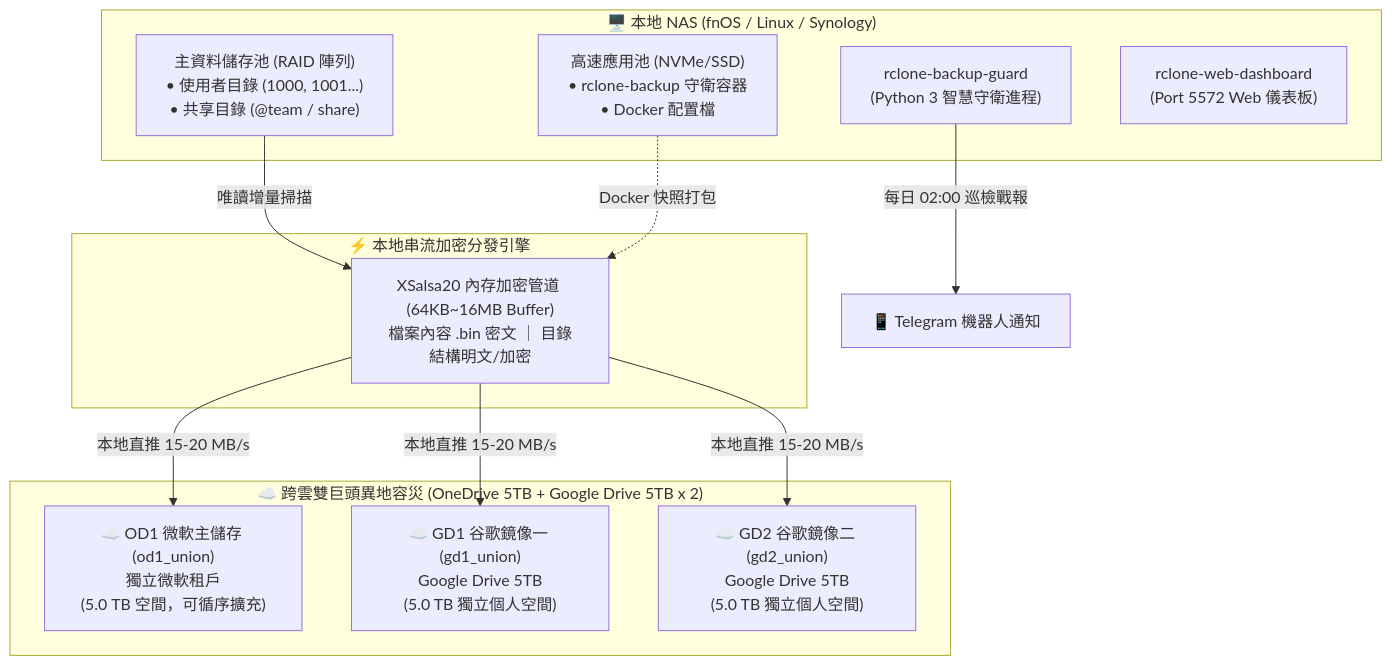
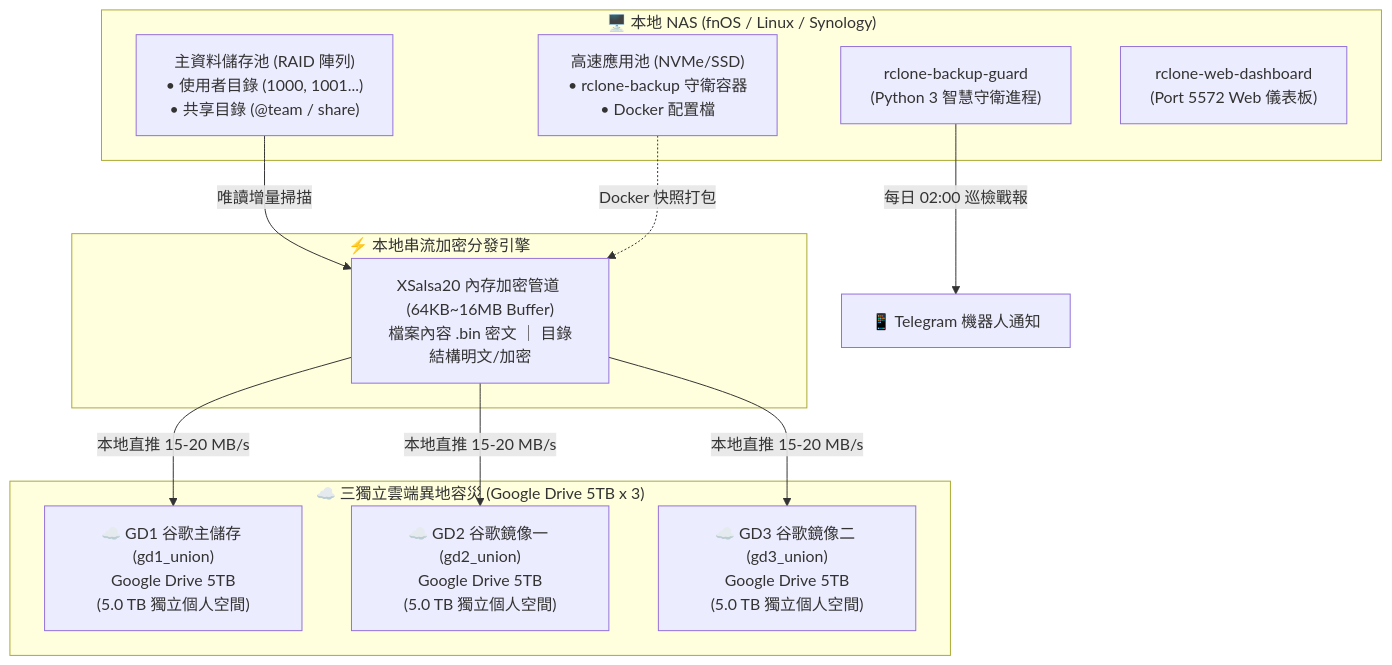
One commit to sam0324sam/fnos-onedrive-backup changed the diagram in README.md. Above: the diagram before and after it, drawn with Mermaid. The commit also changed other lines of this file and 1 other file, not shown here.

Commit message:
feat(arch): replace retired OD1 with GD3 (3x Google Drive 5TB) and fix TG HTML escaping

````diff
--- a/README.md
+++ b/README.md
@@ -49,27 +49,27 @@
 ```mermaid
 graph TD
     subgraph Local_NAS ["🖥️ 本地 NAS (fnOS / Linux / Synology)"]
         SSD["高速應用池 (NVMe/SSD)<br>• rclone-backup 守衛容器<br>• Docker 配置檔"]
         HDD["主資料儲存池 (RAID 陣列)<br>• 使用者目錄 (1000, 1001...)<br>• 共享目錄 (@team / share)"]
         Guard["rclone-backup-guard<br>(Python 3 智慧守衛進程)"]
         WebGUI["rclone-web-dashboard<br>(Port 5572 Web 儀表板)"]
     end
 
     subgraph Direct_Engine ["⚡ 本地串流加密分發引擎"]
         Crypt["XSalsa20 內存加密管道 (64KB~16MB Buffer)<br>檔案內容 .bin 密文 ｜ 目錄結構明文/加密"]
     end
 
-    subgraph Dual_Cloud ["☁️ 跨雲雙巨頭異地容災 (OneDrive 5TB + Google Drive 5TB x 2)"]
-        OD1["☁️ OD1 微軟主儲存 (od1_union)<br>獨立微軟租戶<br>(5.0 TB 空間，可循序擴充)"]
-        GD1["☁️ GD1 谷歌鏡像一 (gd1_union)<br>Google Drive 5TB<br>(5.0 TB 獨立個人空間)"]
-        GD2["☁️ GD2 谷歌鏡像二 (gd2_union)<br>Google Drive 5TB<br>(5.0 TB 獨立個人空間)"]
+    subgraph Triple_Cloud ["☁️ 三獨立雲端異地容災 (Google Drive 5TB x 3)"]
+        GD1["☁️ GD1 谷歌主儲存 (gd1_union)<br>Google Drive 5TB<br>(5.0 TB 獨立個人空間)"]
+        GD2["☁️ GD2 谷歌鏡像一 (gd2_union)<br>Google Drive 5TB<br>(5.0 TB 獨立個人空間)"]
+        GD3["☁️ GD3 谷歌鏡像二 (gd3_union)<br>Google Drive 5TB<br>(5.0 TB 獨立個人空間)"]
     end
 
     HDD -->|唯讀增量掃描| Crypt
     SSD -.->|Docker 快照打包| Crypt
-    Crypt -->|本地直推 15-20 MB/s| OD1
     Crypt -->|本地直推 15-20 MB/s| GD1
     Crypt -->|本地直推 15-20 MB/s| GD2
+    Crypt -->|本地直推 15-20 MB/s| GD3
 
     Guard -->|每日 02:00 巡檢戰報| TG["📱 Telegram 機器人通知"]
 ```
````
